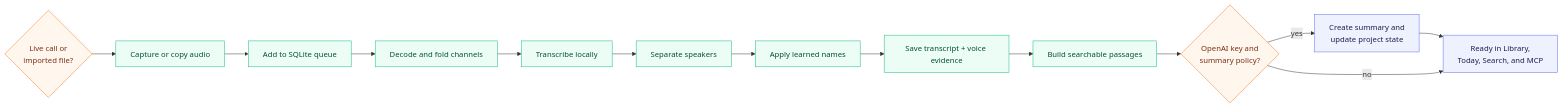
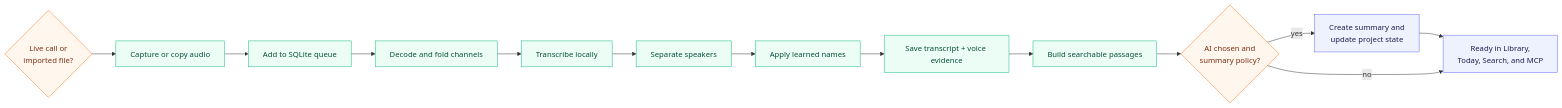
Before and after one commit to dmykolen/meeting-transcriber-go: the second of 5 diagrams in README.md, drawn with Mermaid. The commit also changed other lines of this file and 76 other files, not shown here.

````diff
--- a/README.md
+++ b/README.md
@@ -116,26 +120,26 @@
 ```mermaid
 flowchart LR
     Start{"Live call or<br/>imported file?"}
     Capture["Capture or copy audio"]
     Queue["Add to SQLite queue"]
     Decode["Decode and fold channels"]
     ASR["Transcribe locally"]
     Speakers["Separate speakers"]
     Names["Apply learned names"]
     Save["Save transcript + voice evidence"]
     Index["Build searchable passages"]
-    Summary{"OpenAI key and<br/>summary policy?"}
+    Summary{"AI chosen and<br/>summary policy?"}
     AI["Create summary and<br/>update project state"]
     Ready["Ready in Library,<br/>Today, Search, and MCP"]
 
     Start --> Capture --> Queue --> Decode --> ASR --> Speakers --> Names --> Save --> Index --> Summary
     Summary -->|"yes"| AI --> Ready
     Summary -->|"no"| Ready
 
     classDef local fill:#ECFDF5,stroke:#10B981,color:#064E3B
     classDef decision fill:#FFF7ED,stroke:#F97316,color:#7C2D12
     classDef result fill:#EEF2FF,stroke:#6366F1,color:#1E1B4B
     class Capture,Queue,Decode,ASR,Speakers,Names,Save,Index local
     class Start,Summary decision
     class AI,Ready result
 ```
````
